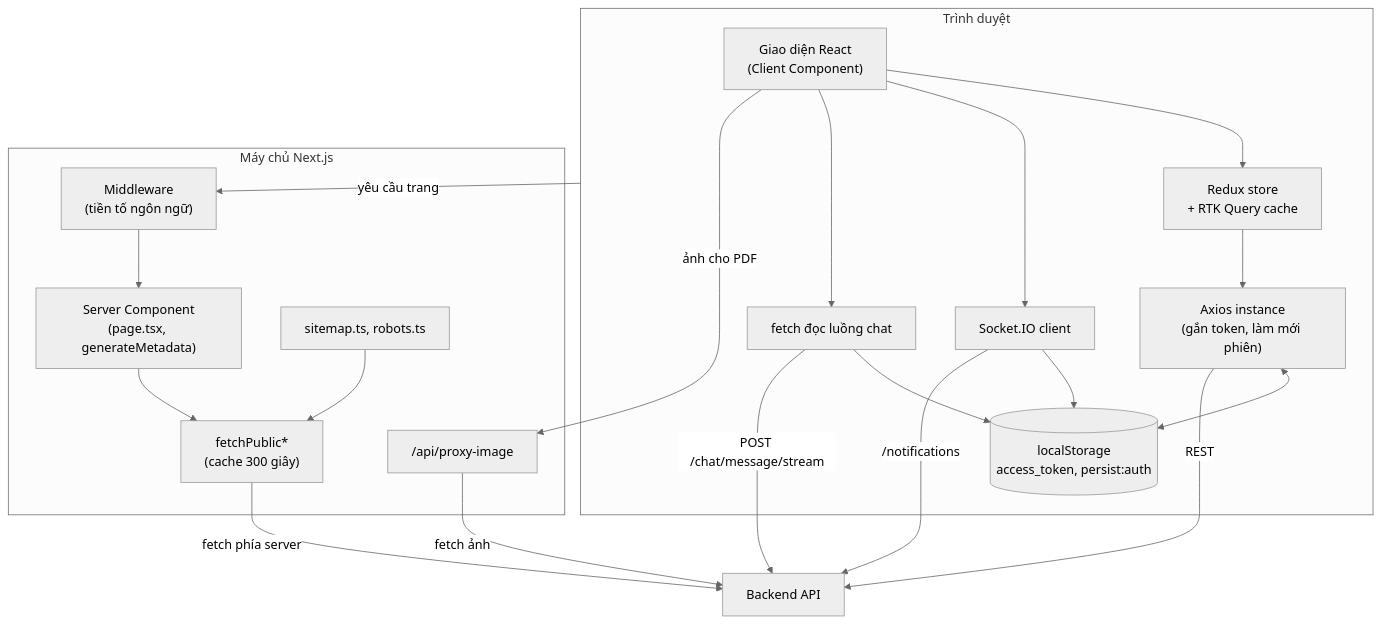
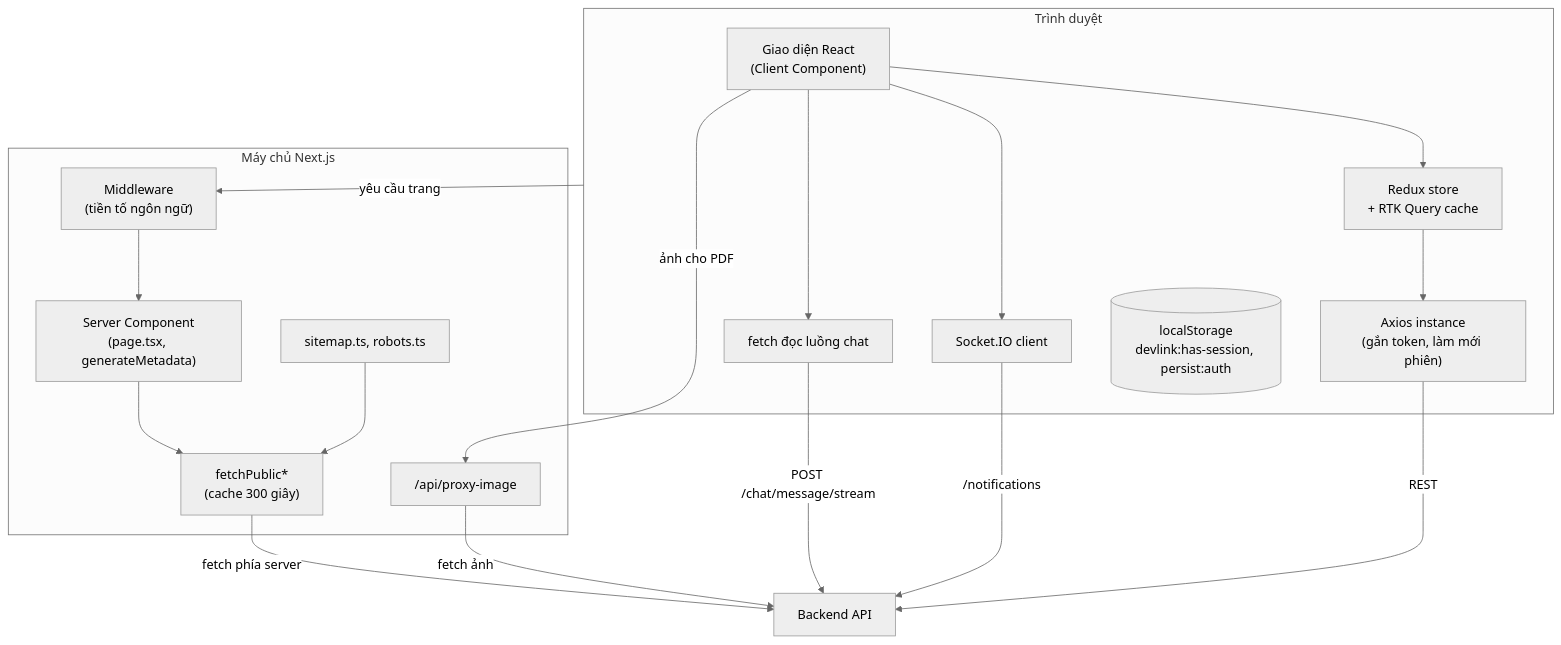
The diagram in docs/02-architecture/diagrams/container-diagram.md (QuocDuy21-10/it-job-portal-fe), drawn with Mermaid (neutral theme) before and after one commit. The commit also changed other lines of this file and 4 other files, not shown here.

Commit message:
docs(auth): describe the in-memory token, restore on reload and multi-tab sign-out

````diff
--- a/docs/02-architecture/diagrams/container-diagram.md
+++ b/docs/02-architecture/diagrams/container-diagram.md
@@ -5,40 +5,37 @@
 ```mermaid
 flowchart TB
     subgraph Browser["Trình duyệt"]
         UI["Giao diện React<br/>(Client Component)"]
         Store["Redux store<br/>+ RTK Query cache"]
         Axios["Axios instance<br/>(gắn token, làm mới phiên)"]
         Sock["Socket.IO client"]
         Stream["fetch đọc luồng chat"]
-        LS[("localStorage<br/>access_token, persist:auth")]
+        LS[("localStorage<br/>devlink:has-session, persist:auth")]
     end
 
     subgraph Next["Máy chủ Next.js"]
         MW["Middleware<br/>(tiền tố ngôn ngữ)"]
         SC["Server Component<br/>(page.tsx, generateMetadata)"]
         PC["fetchPublic*<br/>(cache 300 giây)"]
         Proxy["/api/proxy-image"]
         SEO["sitemap.ts, robots.ts"]
     end
 
     BE["Backend API"]
 
     UI --> Store
     Store --> Axios
     UI --> Sock
     UI --> Stream
-    Axios <--> LS
-    Sock --> LS
-    Stream --> LS
 
     Browser -->|"yêu cầu trang"| MW
     MW --> SC
     SC --> PC
     SEO --> PC
     PC -->|"fetch phía server"| BE
     Axios -->|"REST"| BE
     Sock -->|"/notifications"| BE
     Stream -->|"POST /chat/message/stream"| BE
     UI -->|"ảnh cho PDF"| Proxy
     Proxy -->|"fetch ảnh"| BE
 ```
````
